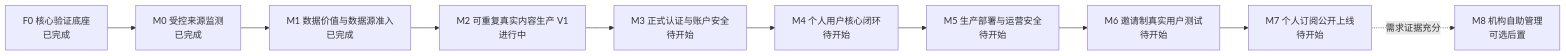
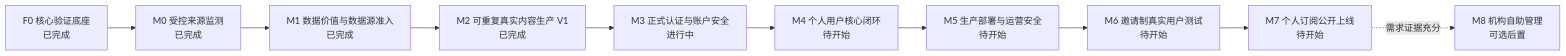
One commit to daiphoon/dealflow-radar changed the diagram in docs/10-implementation-plan.md. Above: the diagram before and after it, drawn with Mermaid. The commit also changed other lines of this file and 36 other files, not shown here.

````diff
--- a/docs/10-implementation-plan.md
+++ b/docs/10-implementation-plan.md
@@ -23,12 +23,12 @@
 ```mermaid
 flowchart LR
     F0["F0 核心验证底座<br/>已完成"] --> M0["M0 受控来源监测<br/>已完成"]
     M0 --> M1["M1 数据价值与数据源准入<br/>已完成"]
-    M1 --> M2["M2 可重复真实内容生产 V1<br/>进行中"]
-    M2 --> M3["M3 正式认证与账户安全<br/>待开始"]
+    M1 --> M2["M2 可重复真实内容生产 V1<br/>已完成"]
+    M2 --> M3["M3 正式认证与账户安全<br/>进行中"]
     M3 --> M4["M4 个人用户核心闭环<br/>待开始"]
     M4 --> M5["M5 生产部署与运营安全<br/>待开始"]
     M5 --> M6["M6 邀请制真实用户测试<br/>待开始"]
     M6 --> M7["M7 个人订阅公开上线<br/>待开始"]
     M7 -."需求证据充分".-> M8["M8 机构自助管理<br/>可选后置"]
 ```
````
